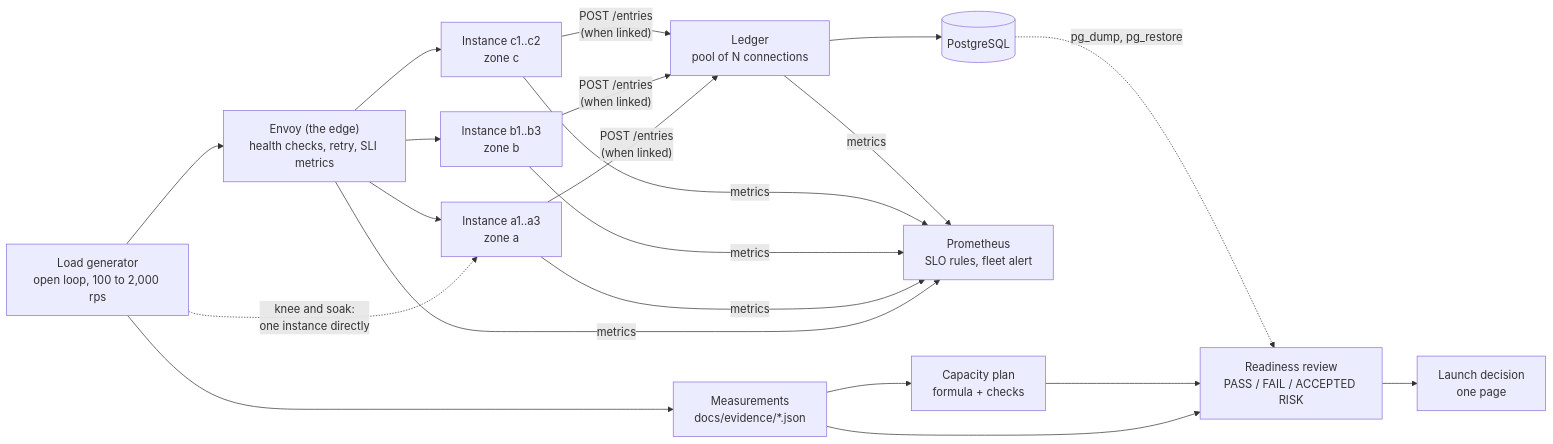
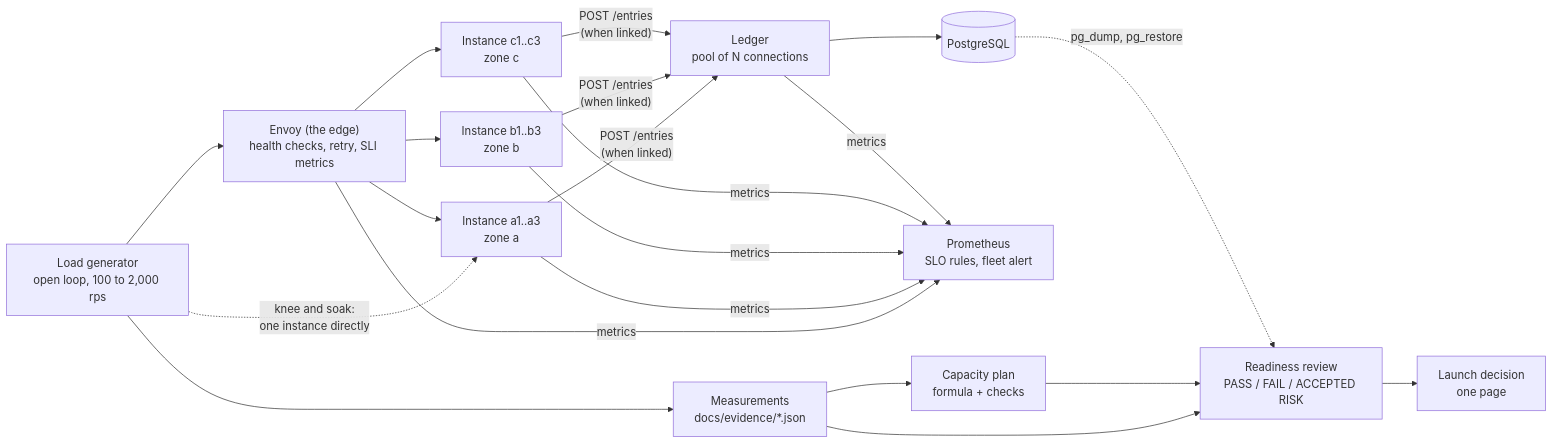
The diagram in ARCHITECTURE.md (plainround-projects/sre-capacity-and-readiness), drawn with Mermaid before and after one commit. The commit also changed other lines of this file and 2 other files, not shown here.

Commit message:
docs: align the architecture notes with the code

````diff
--- a/ARCHITECTURE.md
+++ b/ARCHITECTURE.md
@@ -35,17 +35,17 @@
 ```mermaid
 flowchart LR
     gen["Load generator<br/>open loop, 100 to 2,000 rps"] --> envoy["Envoy (the edge)<br/>health checks, retry, SLI metrics"]
     gen -. "knee and soak:<br/>one instance directly" .-> a1
     envoy --> a1["Instance a1..a3<br/>zone a"]
     envoy --> b1["Instance b1..b3<br/>zone b"]
-    envoy --> c1["Instance c1..c2<br/>zone c"]
+    envoy --> c1["Instance c1..c3<br/>zone c"]
     a1 & b1 & c1 -- "POST /entries<br/>(when linked)" --> ledger["Ledger<br/>pool of N connections"]
     ledger --> db[("PostgreSQL")]
     envoy & a1 & b1 & c1 & ledger -- "metrics" --> prom["Prometheus<br/>SLO rules, fleet alert"]
     gen --> meas["Measurements<br/>docs/evidence/*.json"]
     meas --> plan["Capacity plan<br/>formula + checks"]
     meas --> review["Readiness review<br/>PASS / FAIL / ACCEPTED RISK"]
     plan --> review
     db -. "pg_dump, pg_restore" .-> review
     review --> decision["Launch decision<br/>one page"]
 ```
````
